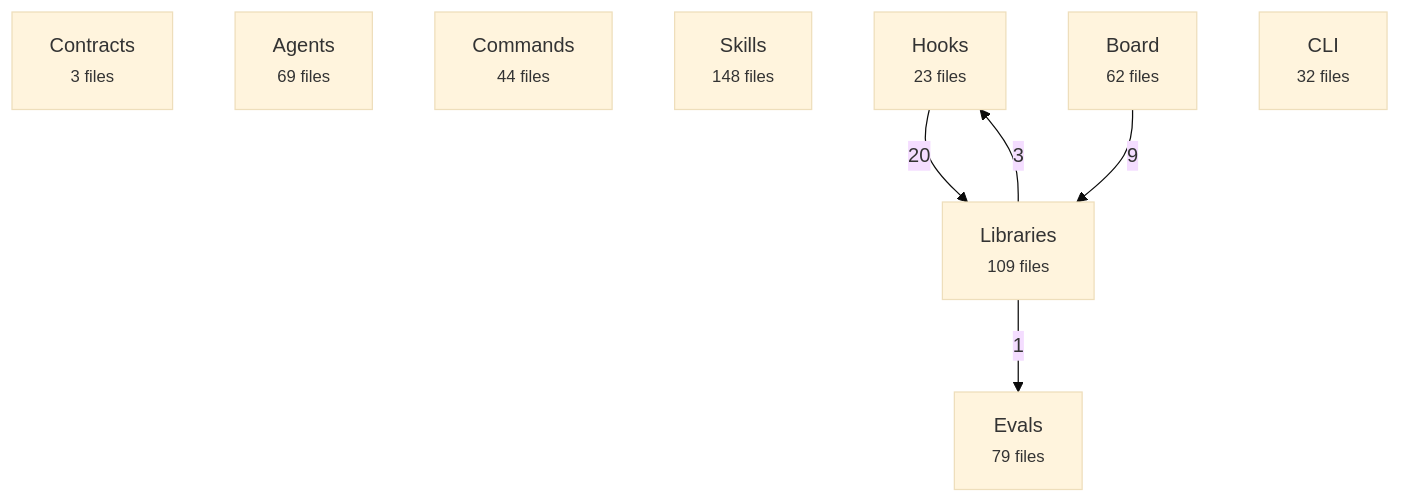
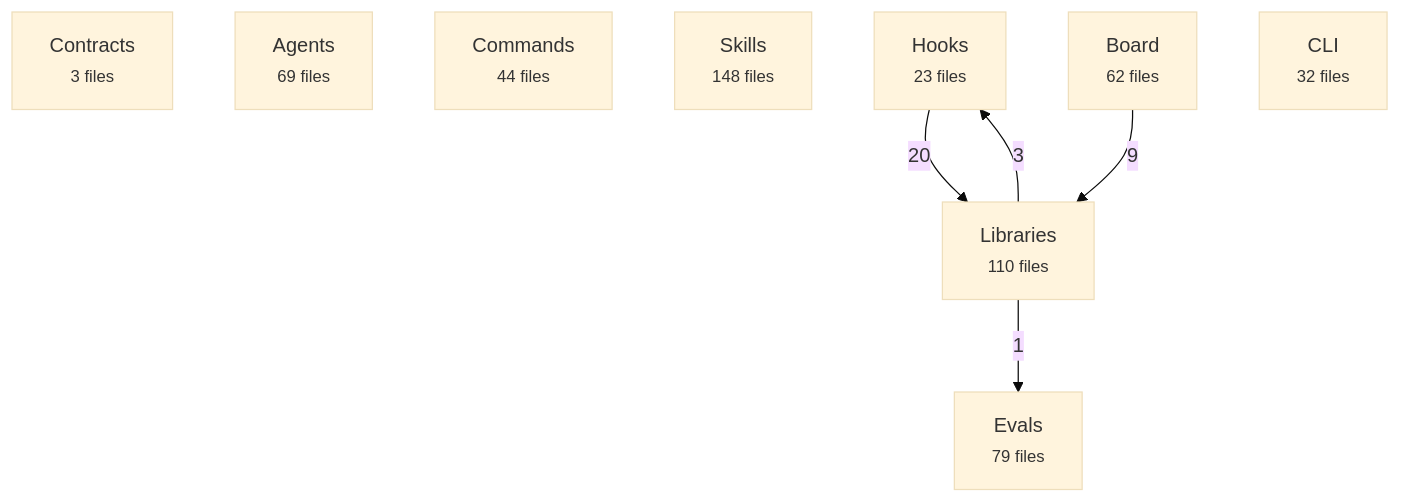
Before and after one commit to avelikiy/great_cto: the first of 2 diagrams in docs/reference/architecture-map.md, drawn with Mermaid (base theme). The commit also changed other lines of this file and 4 other files, not shown here.

````diff
--- a/docs/reference/architecture-map.md
+++ b/docs/reference/architecture-map.md
@@ -20,16 +20,16 @@
 ```mermaid
 flowchart TD
   contracts["Contracts<br/><small>3 files</small>"]
   agents["Agents<br/><small>69 files</small>"]
   commands["Commands<br/><small>44 files</small>"]
   skills["Skills<br/><small>148 files</small>"]
   hooks["Hooks<br/><small>23 files</small>"]
-  libs["Libraries<br/><small>109 files</small>"]
+  libs["Libraries<br/><small>110 files</small>"]
   board["Board<br/><small>62 files</small>"]
   cli["CLI<br/><small>32 files</small>"]
   evals["Evals<br/><small>79 files</small>"]
   hooks -->|20| libs
   board -->|9| libs
   libs -->|3| hooks
   libs -->|1| evals
 ```
````
